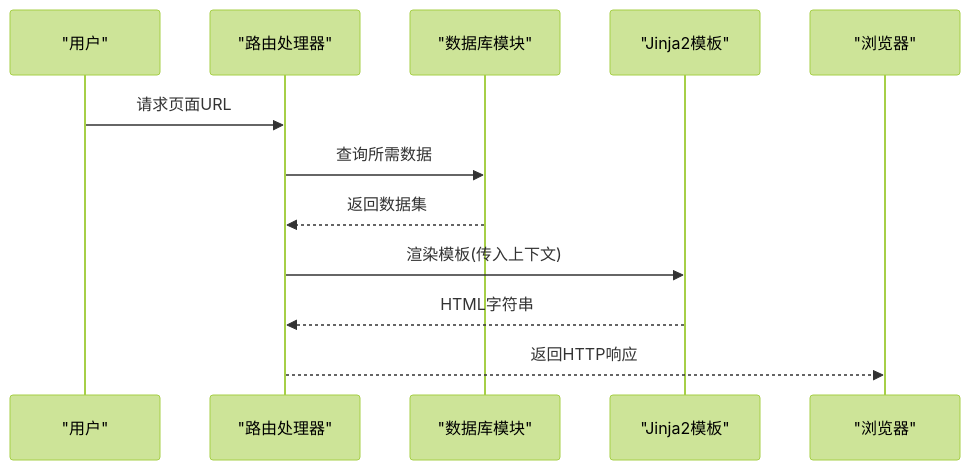
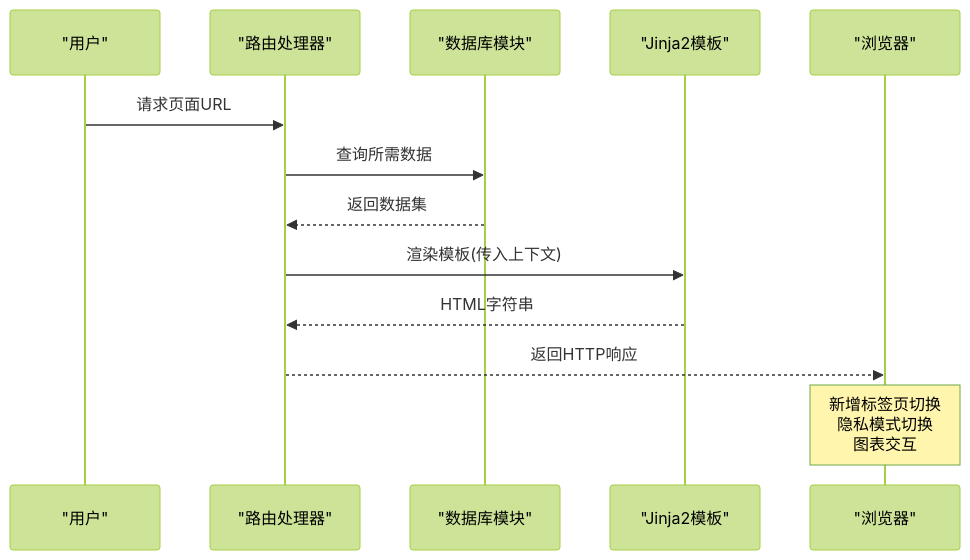
Before and after one commit to macrohuang/invest-log: the second of 7 diagrams in .qoder/repowiki/zh/content/前端模板系统/前端模板系统.md, drawn with Mermaid (forest theme). The commit also changed other lines of this file and 11 other files, not shown here.

````diff
--- a/.qoder/repowiki/zh/content/前端模板系统/前端模板系统.md
+++ b/.qoder/repowiki/zh/content/前端模板系统/前端模板系统.md
@@ -94,14 +114,15 @@
 ```mermaid
 sequenceDiagram
 participant U as "用户"
 participant R as "路由处理器"
 participant DB as "数据库模块"
 participant T as "Jinja2模板"
 participant B as "浏览器"
 U->>R : 请求页面URL
 R->>DB : 查询所需数据
 DB-->>R : 返回数据集
 R->>T : 渲染模板(传入上下文)
 T-->>R : HTML字符串
 R-->>B : 返回HTTP响应
+Note over B : 新增标签页切换<br/>隐私模式切换<br/>图表交互
 ```
````
